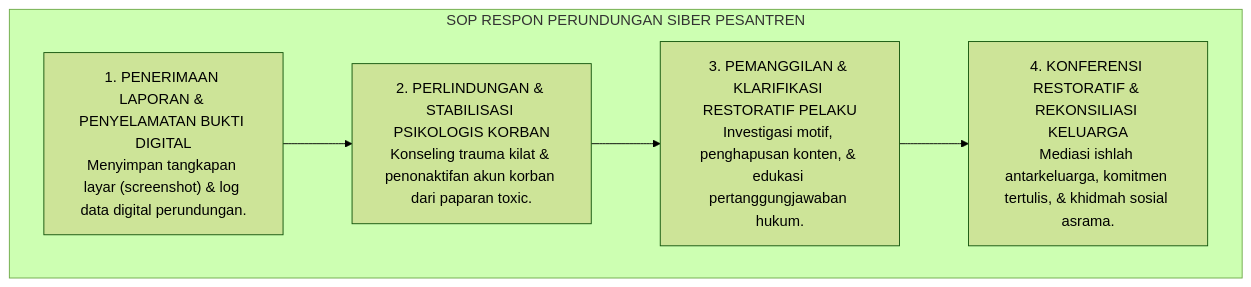
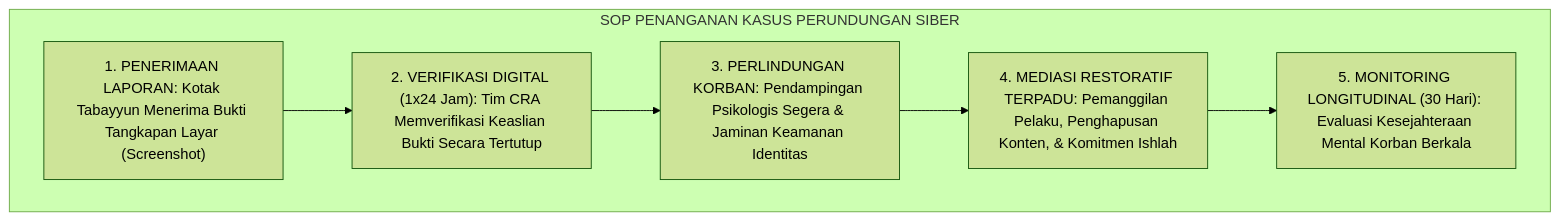
Before and after one commit to wandiapriliyandi/tumbuh: the third of 3 diagrams in 02 Principles/06 Intervention Principles/P2-06-05-Prinsip-Intervensi-Krisis-Khusus-dan-Anti-Bullying-Siber.md, drawn with Mermaid (forest theme). The commit also changed other lines of this file and 7 other files, not shown here.

````diff
--- a/02 Principles/06 Intervention Principles/P2-06-05-Prinsip-Intervensi-Krisis-Khusus-dan-Anti-Bullying-Siber.md
+++ b/02 Principles/06 Intervention Principles/P2-06-05-Prinsip-Intervensi-Krisis-Khusus-dan-Anti-Bullying-Siber.md
@@ -186,14 +147,10 @@
 ```mermaid
 flowchart TD
-    subgraph SOPPenangananCyberbullying["SOP RESPON PERUNDUNGAN SIBER PESANTREN"]
-        LaporanMasuk["1. PENERIMAAN LAPORAN & PENYELAMATAN BUKTI DIGITAL<br/>Menyimpan tangkapan layar (screenshot) & log data digital perundungan."]
-        
-        AmankanKorban["2. PERLINDUNGAN & STABILISASI PSIKOLOGIS KORBAN<br/>Konseling trauma kilat & penonaktifan akun korban dari paparan toxic."]
-        
-        KlarifikasiPelaku["3. PEMANGGILAN & KLARIFIKASI RESTORATIF PELAKU<br/>Investigasi motif, penghapusan konten, & edukasi pertanggungjawaban hukum."]
-        
-        RestorasiIshlah["4. KONFERENSI RESTORATIF & REKONSILIASI KELUARGA<br/>Mediasi ishlah antarkeluarga, komitmen tertulis, & khidmah sosial asrama."]
-        
-        LaporanMasuk --> AmankanKorban --> KlarifikasiPelaku --> RestorasiIshlah
+    subgraph SOPPenangananCyberbullying["SOP PENANGANAN KASUS PERUNDUNGAN SIBER"]
+        LaporanAduan["1. PENERIMAAN LAPORAN: Kotak Tabayyun Menerima Bukti Tangkapan Layar (Screenshot)"]
+        --> VerifikasiBukti["2. VERIFIKASI DIGITAL (1x24 Jam): Tim CRA Memverifikasi Keaslian Bukti Secara Tertutup"]
+        --> PerlindunganKorban["3. PERLINDUNGAN KORBAN: Pendampingan Psikologis Segera & Jaminan Keamanan Identitas"]
+        --> MediasiRestoratif["4. MEDIASI RESTORATIF TERPADU: Pemanggilan Pelaku, Penghapusan Konten, & Komitmen Ishlah"]
+        --> MonitoringTrauma["5. MONITORING LONGITUDINAL (30 Hari): Evaluasi Kesejahteraan Mental Korban Berkala"]
     end
 ```
````
